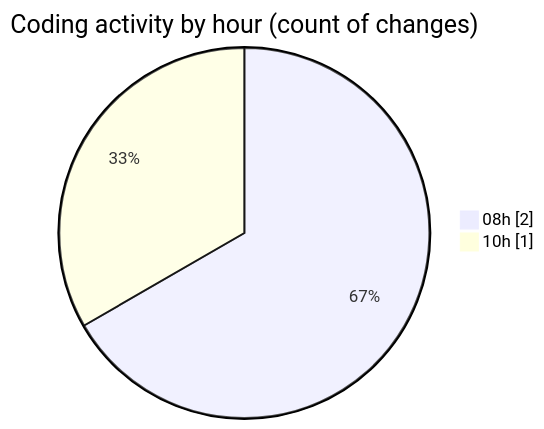
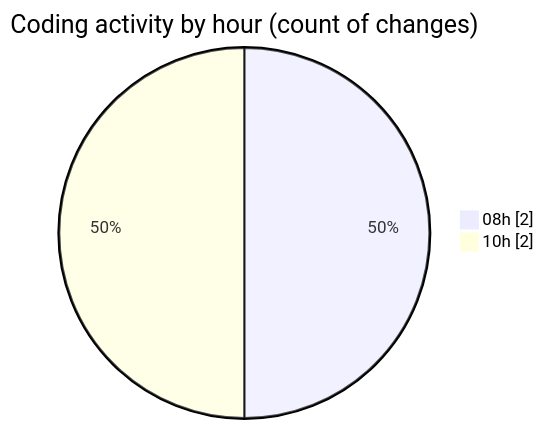
The second of 2 diagrams in 2026-03-17/cilapp/README.md (ricardozamudiocil/code-tracking), drawn with Mermaid before and after one commit. The commit also changed other lines of this file and 1 other file, not shown here.

````diff
--- a/2026-03-17/cilapp/README.md
+++ b/2026-03-17/cilapp/README.md
@@ -31,6 +32,6 @@
 ```mermaid
 pie showData
 title Coding activity by hour (count of changes)
 "08h" : 2
-"10h" : 1
+"10h" : 2
 ```
````
